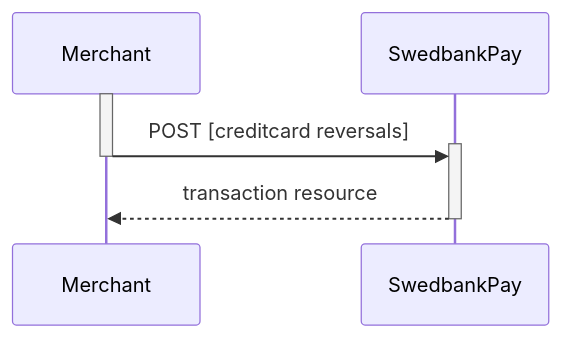
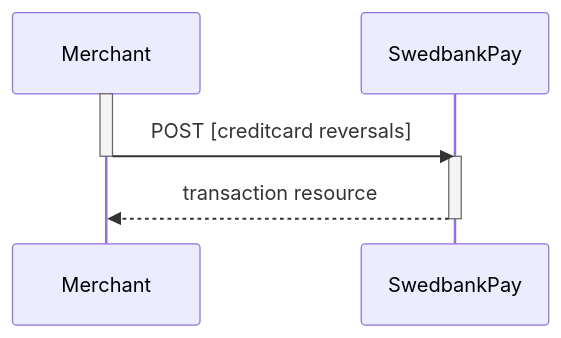
The third of 4 diagrams in payments/card/after-payment.md (SwedbankPay/developer.swedbankpay.com), drawn with Mermaid before and after one commit. The commit also changed other lines of this file and 1 other file, not shown here.

Commit message:
DX-427 Removed sections for mobile apps, payout and direct card. Header levels reorganized. Rewriting transaction sections.

````diff
--- a/payments/card/after-payment.md
+++ b/payments/card/after-payment.md
@@ -541,8 +552,7 @@
 ```mermaid
 sequenceDiagram
   activate Merchant
-  Merchant->>+SwedbankPay: POST [creditcard reversals]
-  deactivate Merchant
-  SwedbankPay-->>Merchant: transaction resource
-  deactivate SwedbankPay
+  Merchant->>-SwedbankPay: POST [creditcard reversals]
+  activate SwedbankPay
+  SwedbankPay-->>-Merchant: transaction resource
 ```
````
